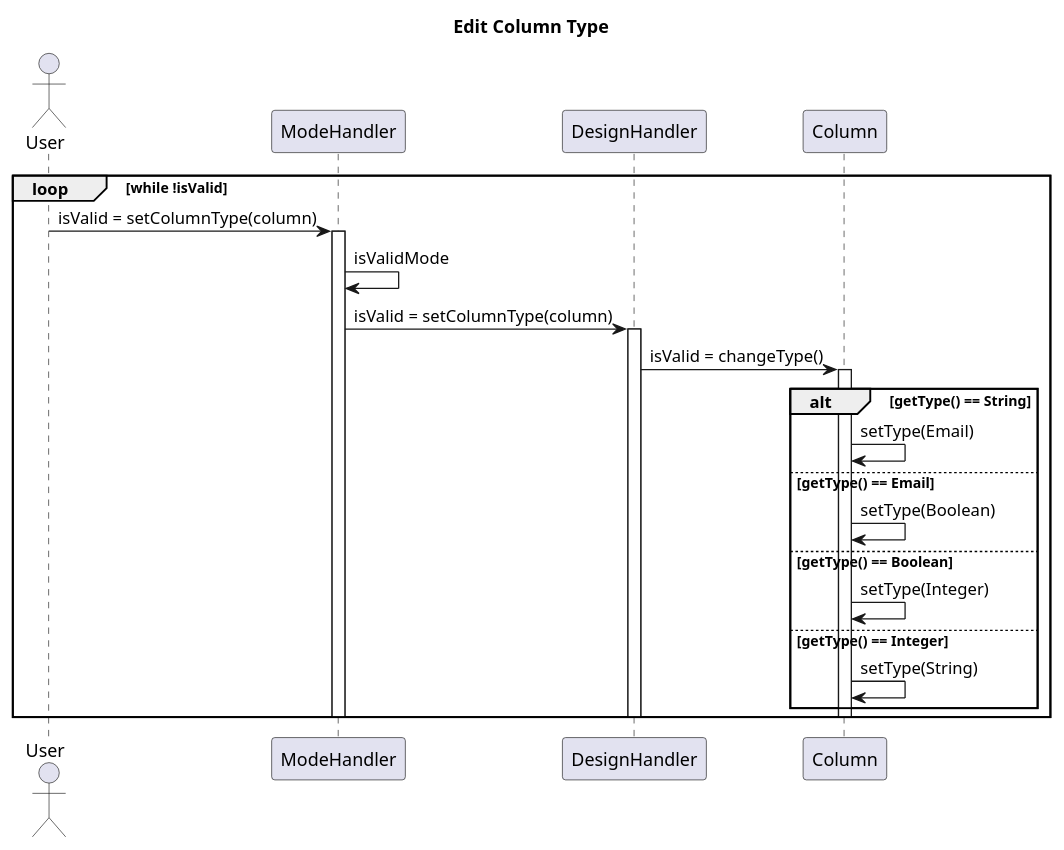
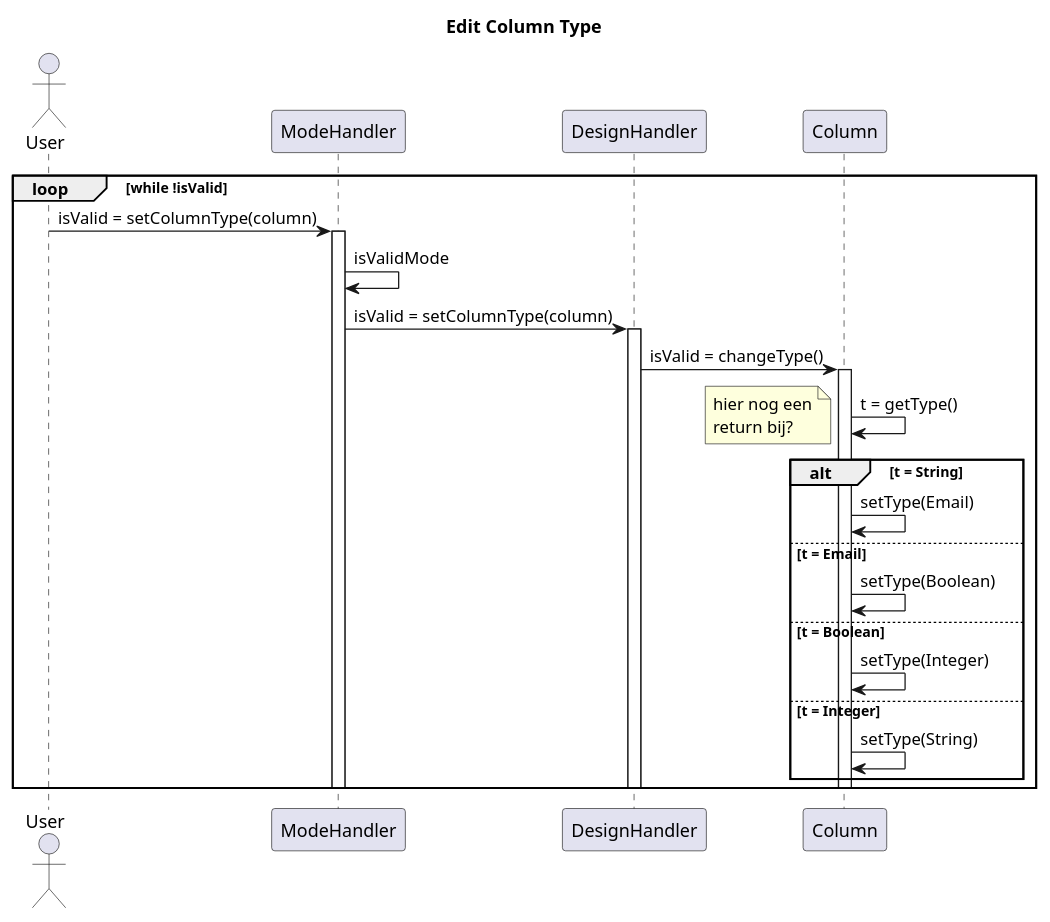
Before and after one commit to Bhamoss/softwareOntwerpProject: the diagram in diagrams/interactionDiagrams/editColumnType.puml, drawn with PlantUML. The commit also changed 2 other files, not shown here.

Commit message:
interaction sequence diagram of editColumnBlanks and editColumnDV

```diff
--- a/diagrams/interactionDiagrams/editColumnType.puml
+++ b/diagrams/interactionDiagrams/editColumnType.puml
@@ -1,29 +1,34 @@
 @startuml
 title Edit Column Type
 Actor User
 
 loop while !isValid
     User -> ModeHandler: isValid = setColumnType(column)
-    Activate ModeHandler
+    activate ModeHandler
     ModeHandler -> ModeHandler: isValidMode
     ModeHandler -> DesignHandler: isValid = setColumnType(column)
-    Activate DesignHandler
+    activate DesignHandler
     DesignHandler -> Column: isValid = changeType()
     activate Column
-    alt getType() == String
+    Column -> Column: t = getType()
+    note left
+        hier nog een
+        return bij?
+    end note
+    alt t = String
         Column -> Column: setType(Email)
-    else getType() == Email
+    else t = Email
         Column -> Column: setType(Boolean)
-    else getType() == Boolean
+    else t = Boolean
         Column -> Column: setType(Integer)
-    else getType() == Integer
+    else t = Integer
         Column -> Column: setType(String)
     end
     deactivate Column
     deactivate DesignHandler
     deactivate ModeHandler
 end
 
 
 
 @enduml
```
